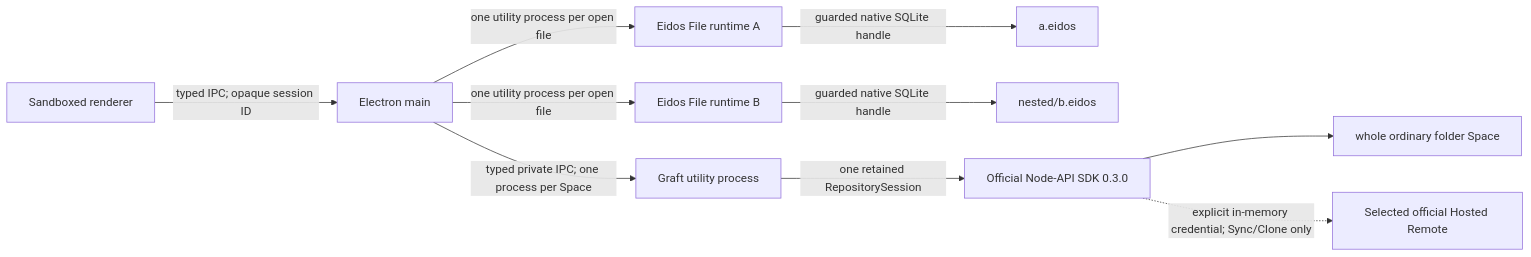
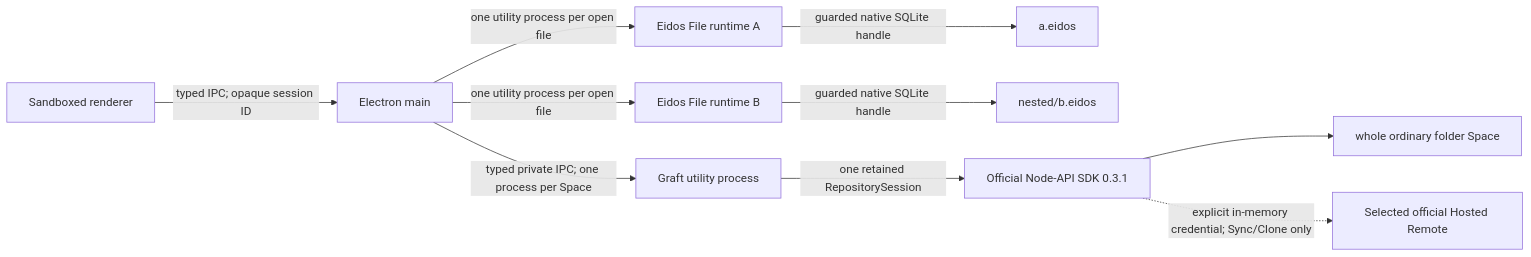
The first of 2 diagrams in apps/eidos-lite-desktop/docs/ARCHITECTURE.md (mayneyao/eidos), drawn with Mermaid before and after one commit. The commit also changed other lines of this file and 16 other files, not shown here.

````diff
--- a/apps/eidos-lite-desktop/docs/ARCHITECTURE.md
+++ b/apps/eidos-lite-desktop/docs/ARCHITECTURE.md
@@ -59,12 +59,12 @@
 ```mermaid
 flowchart LR
   R["Sandboxed renderer"] -->|"typed IPC; opaque session ID"| M["Electron main"]
   M -->|"one utility process per open file"| F1["Eidos File runtime A"]
   M -->|"one utility process per open file"| F2["Eidos File runtime B"]
   F1 -->|"guarded native SQLite handle"| E1["a.eidos"]
   F2 -->|"guarded native SQLite handle"| E2["nested/b.eidos"]
   M -->|"typed private IPC; one process per Space"| G["Graft utility process"]
-  G -->|"one retained RepositorySession"| N["Official Node-API SDK 0.3.0"]
+  G -->|"one retained RepositorySession"| N["Official Node-API SDK 0.3.1"]
   N --> S["whole ordinary folder Space"]
   N -. "explicit in-memory credential; Sync/Clone only" .-> H["Selected official Hosted Remote"]
 ```
````
